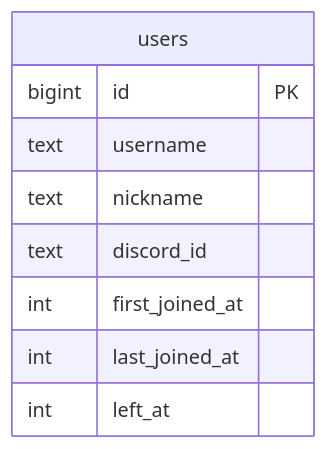
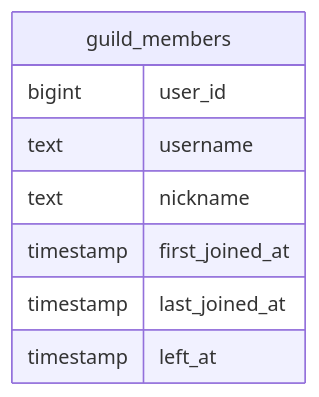
Before and after one commit to shuvoairan/kyro: the diagram in README.md, drawn with Mermaid.

````diff
--- a/README.md
+++ b/README.md
@@ -1,12 +1,11 @@
 ```mermaid
 erDiagram
-    users {
-        bigint id PK
+    guild_members {
+        bigint user_id
         text username
         text nickname
-        text discord_id
-        int first_joined_at
-        int last_joined_at
-        int left_at
+        timestamp first_joined_at
+        timestamp last_joined_at
+        timestamp left_at
     }
 ```
````
